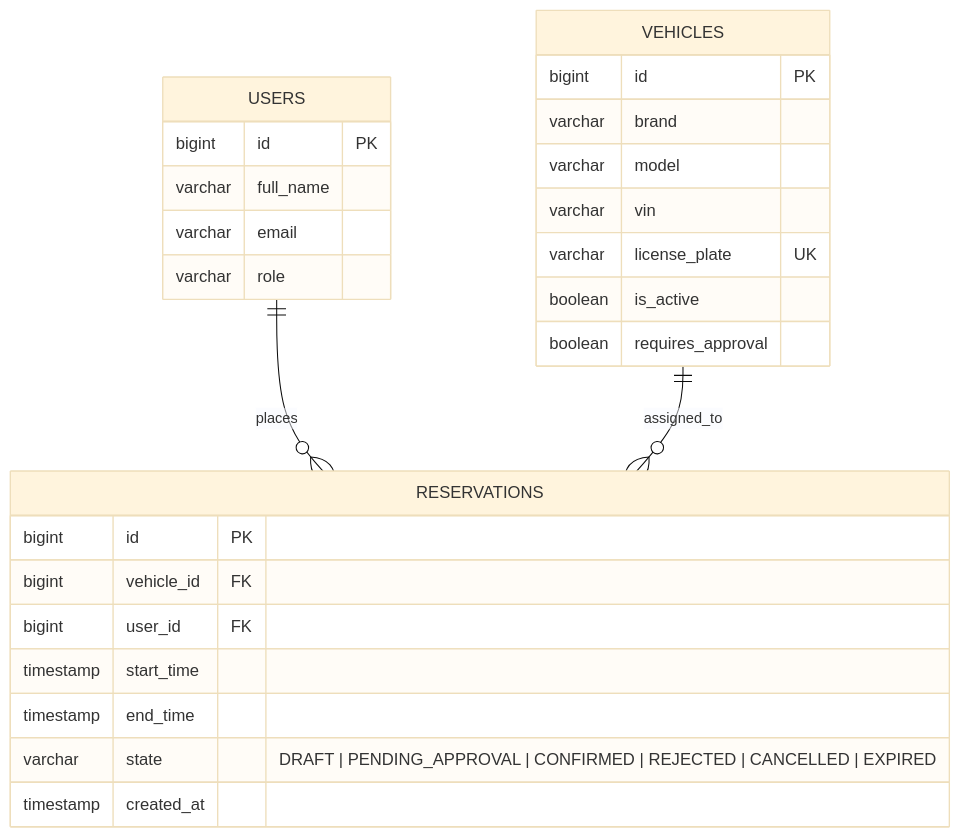
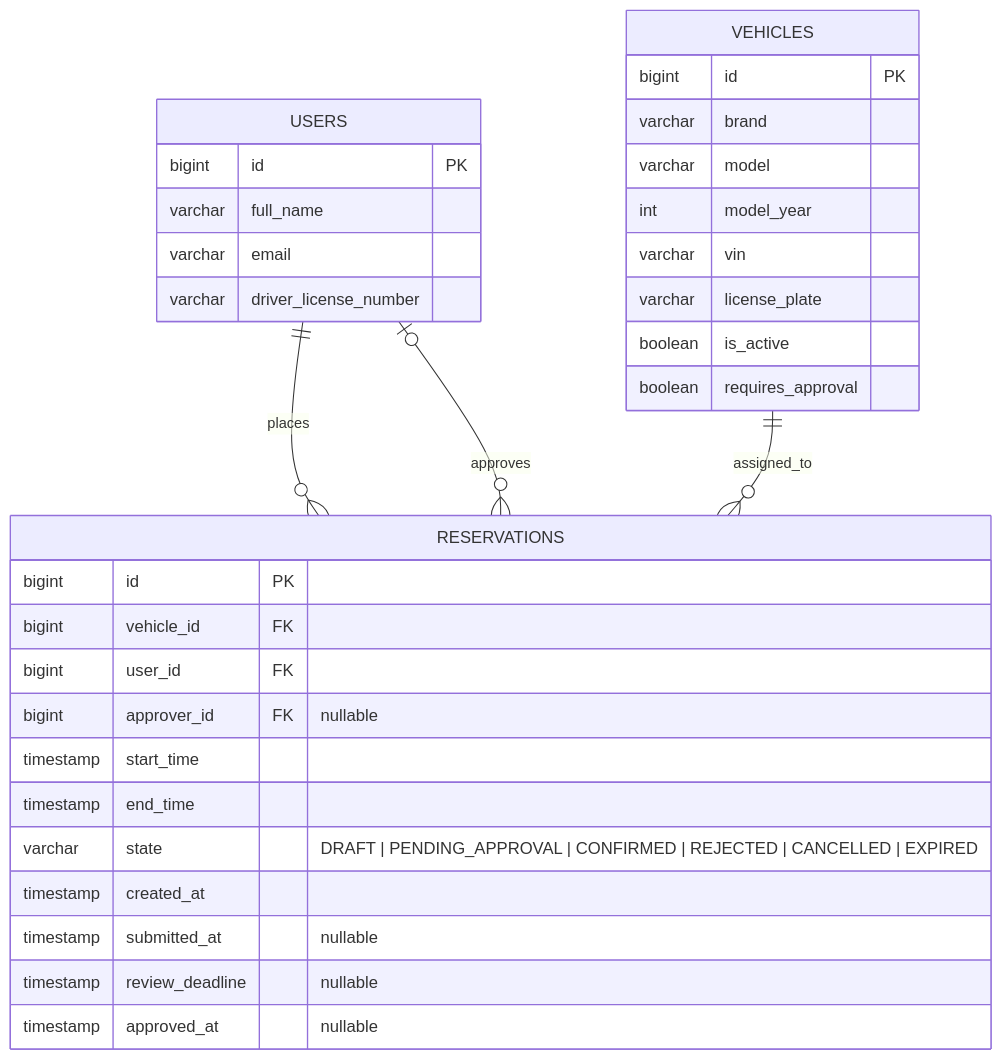
Before and after one commit to Zephy-X/AutaRepo: the diagram in docs/specification/diagrams/database-erd.mmd, drawn with Mermaid. The commit also changed 28 other files, not shown here.

```diff
--- a/docs/specification/diagrams/database-erd.mmd
+++ b/docs/specification/diagrams/database-erd.mmd
@@ -1,31 +1,36 @@
-%%{init: {"theme": "base", "er": {"layoutDirection": "LR"}}}%%
 erDiagram
     USERS ||--o{ RESERVATIONS : places
+    USERS |o--o{ RESERVATIONS : approves
     VEHICLES ||--o{ RESERVATIONS : assigned_to
 
     USERS {
         bigint id PK
         varchar full_name
         varchar email
-        varchar role
+        varchar driver_license_number
     }
 
     VEHICLES {
         bigint id PK
         varchar brand
         varchar model
+        int model_year
         varchar vin
-        varchar license_plate UK
+        varchar license_plate
         boolean is_active
         boolean requires_approval
     }
 
     RESERVATIONS {
         bigint id PK
         bigint vehicle_id FK
         bigint user_id FK
+        bigint approver_id FK "nullable"
         timestamp start_time
         timestamp end_time
         varchar state "DRAFT | PENDING_APPROVAL | CONFIRMED | REJECTED | CANCELLED | EXPIRED"
         timestamp created_at
+        timestamp submitted_at "nullable"
+        timestamp review_deadline "nullable"
+        timestamp approved_at "nullable"
     }
```
